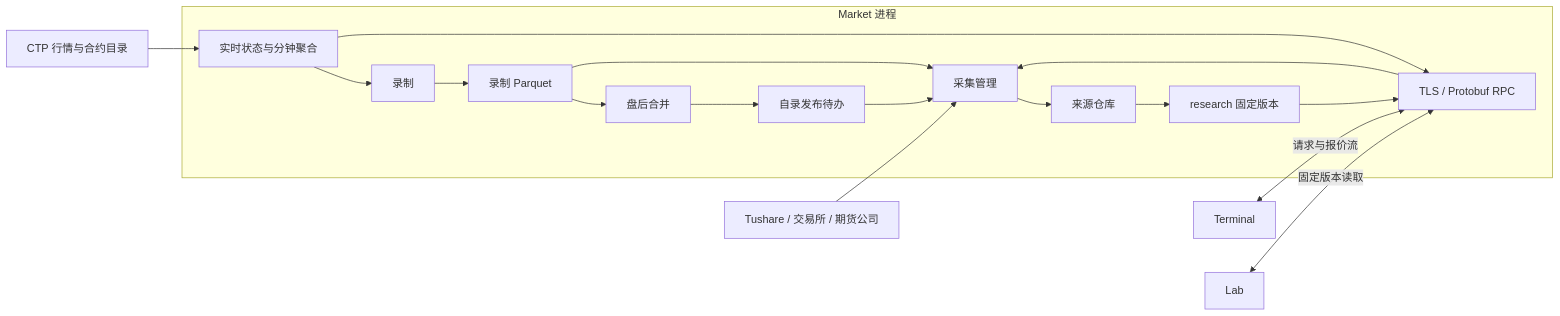
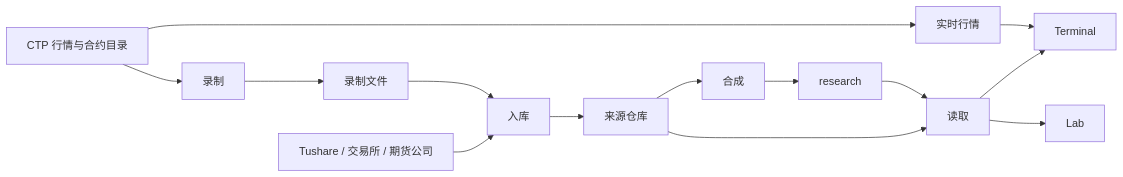
Before and after one commit to isqiwen/asterion-terminal: the first of 5 diagrams in docs/market/architecture.md, drawn with Mermaid. The commit also changed other lines of this file and 2 other files, not shown here.

Commit message:
M3.83: describe Market by its four modules
The Market guide now follows the one-way recording, intake, composition and
reading flow. The plan records what is done and what waits for real data, and
adds the one open question this refactor left: a failed task status write now
needs a restart to clear instead of killing the market thread.

Docs only.

````diff
--- a/docs/market/architecture.md
+++ b/docs/market/architecture.md
@@ -9,21 +9,15 @@
 ```mermaid
 flowchart LR
-    CTP[CTP 行情与合约目录] --> Live[实时状态与分钟聚合]
-    subgraph Market[Market 进程]
-        RPC[TLS / Protobuf RPC]
-        Live --> Record[录制]
-        Record --> Archive[录制 Parquet]
-        Archive --> Merge[盘后合并]
-        Merge --> Publish[自录发布待办]
-        Publish --> Acquire[采集管理]
-        Archive --> Acquire
-        Acquire --> Store[来源仓库]
-        Store --> Research[research 固定版本]
-        Live --> RPC
-        Research --> RPC
-        RPC --> Acquire
-    end
-    Provider[Tushare / 交易所 / 期货公司] --> Acquire
-    Terminal[Terminal] <-->|请求与报价流| RPC
-    Lab[Lab] <-->|固定版本读取| RPC
+    CTP[CTP 行情与合约目录] --> Record[录制]
+    Record --> Files[录制文件]
+    CTP --> Live[实时行情] --> Terminal[Terminal]
+    Files --> Ingest[入库]
+    Provider[Tushare / 交易所 / 期货公司] --> Ingest
+    Ingest --> Sources[来源仓库]
+    Sources --> Compose[合成]
+    Compose --> Research[research]
+    Research --> Read[读取]
+    Sources --> Read
+    Read --> Terminal
+    Read --> Lab[Lab]
 ```
````
